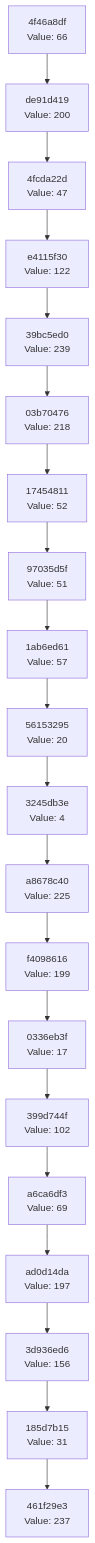
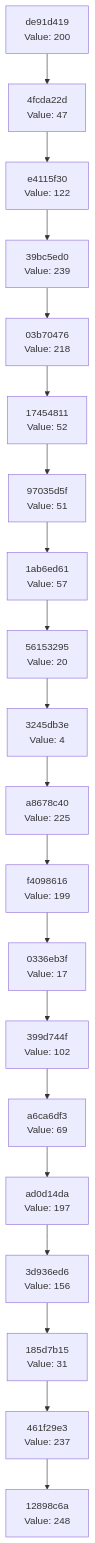
Before and after one commit to Abhisheksinha1506/hash-chain-evolver: the diagram in docs/CHAIN_VISUALIZATION.md, drawn with Mermaid. The commit also changed 3 other files, not shown here.

````diff
--- a/docs/CHAIN_VISUALIZATION.md
+++ b/docs/CHAIN_VISUALIZATION.md
@@ -3,42 +3,42 @@
 ```mermaid
 graph TD
-    C0["461f29e3<br/>Value: 237"]
-    C1["185d7b15<br/>Value: 31"]
+    C0["12898c6a<br/>Value: 248"]
+    C1["461f29e3<br/>Value: 237"]
     C1 --> C0
-    C2["3d936ed6<br/>Value: 156"]
+    C2["185d7b15<br/>Value: 31"]
     C2 --> C1
-    C3["ad0d14da<br/>Value: 197"]
+    C3["3d936ed6<br/>Value: 156"]
     C3 --> C2
-    C4["a6ca6df3<br/>Value: 69"]
+    C4["ad0d14da<br/>Value: 197"]
     C4 --> C3
-    C5["399d744f<br/>Value: 102"]
+    C5["a6ca6df3<br/>Value: 69"]
     C5 --> C4
-    C6["0336eb3f<br/>Value: 17"]
+    C6["399d744f<br/>Value: 102"]
     C6 --> C5
-    C7["f4098616<br/>Value: 199"]
+    C7["0336eb3f<br/>Value: 17"]
     C7 --> C6
-    C8["a8678c40<br/>Value: 225"]
+    C8["f4098616<br/>Value: 199"]
     C8 --> C7
-    C9["3245db3e<br/>Value: 4"]
+    C9["a8678c40<br/>Value: 225"]
     C9 --> C8
-    C10["56153295<br/>Value: 20"]
+    C10["3245db3e<br/>Value: 4"]
     C10 --> C9
-    C11["1ab6ed61<br/>Value: 57"]
+    C11["56153295<br/>Value: 20"]
     C11 --> C10
-    C12["97035d5f<br/>Value: 51"]
+    C12["1ab6ed61<br/>Value: 57"]
     C12 --> C11
-    C13["17454811<br/>Value: 52"]
+    C13["97035d5f<br/>Value: 51"]
     C13 --> C12
-    C14["03b70476<br/>Value: 218"]
+    C14["17454811<br/>Value: 52"]
     C14 --> C13
-    C15["39bc5ed0<br/>Value: 239"]
+    C15["03b70476<br/>Value: 218"]
     C15 --> C14
-    C16["e4115f30<br/>Value: 122"]
+    C16["39bc5ed0<br/>Value: 239"]
     C16 --> C15
-    C17["4fcda22d<br/>Value: 47"]
+    C17["e4115f30<br/>Value: 122"]
     C17 --> C16
-    C18["de91d419<br/>Value: 200"]
+    C18["4fcda22d<br/>Value: 47"]
     C18 --> C17
-    C19["4f46a8df<br/>Value: 66"]
+    C19["de91d419<br/>Value: 200"]
     C19 --> C18
 ```
````
